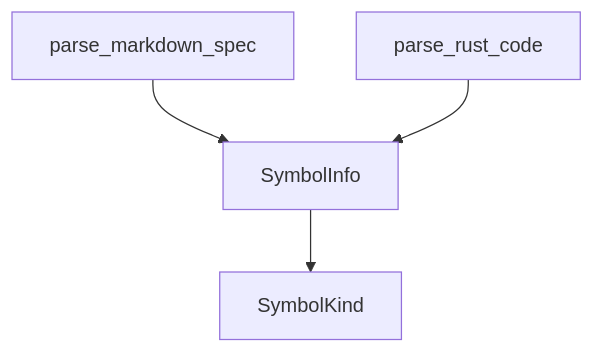
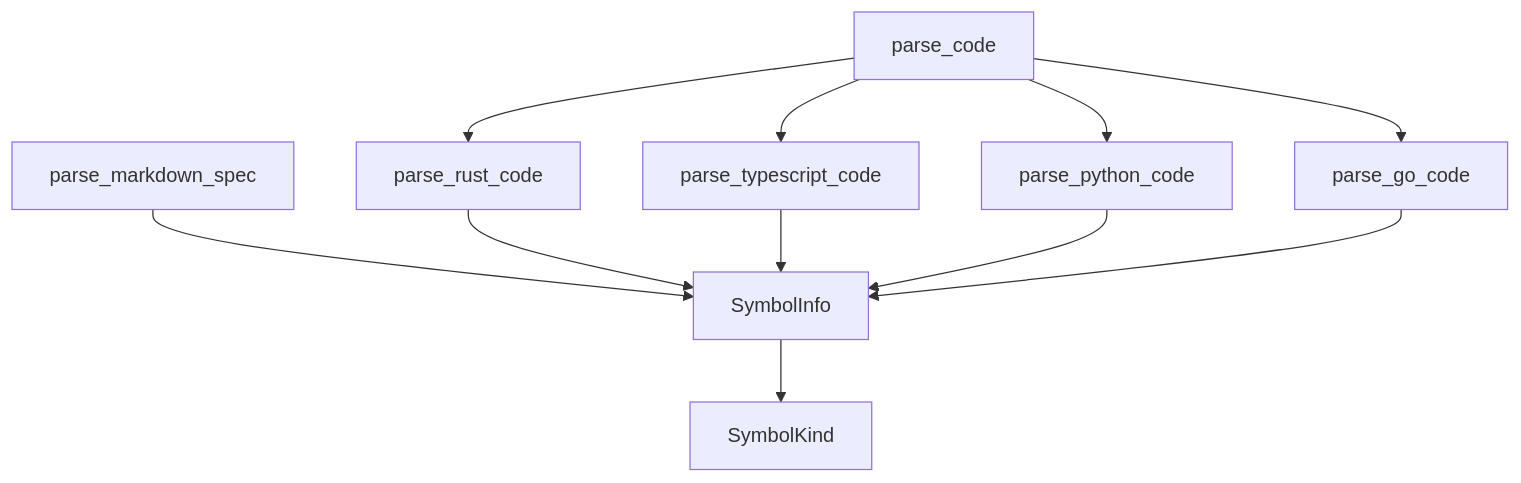
Before and after one commit to DovahkiinYuzuko/DocsAuditor: the diagram in docs/variables'n'functions/[Rust]parser.md, drawn with Mermaid. The commit also changed other lines of this file and 14 other files, not shown here.

````diff
--- a/docs/variables'n'functions/[Rust]parser.md
+++ b/docs/variables'n'functions/[Rust]parser.md
@@ -49,6 +81,13 @@
 ```mermaid
 graph TD
     parse_markdown_spec --> SymbolInfo
+    parse_code --> parse_rust_code
+    parse_code --> parse_typescript_code
+    parse_code --> parse_python_code
+    parse_code --> parse_go_code
     parse_rust_code --> SymbolInfo
+    parse_typescript_code --> SymbolInfo
+    parse_python_code --> SymbolInfo
+    parse_go_code --> SymbolInfo
     SymbolInfo --> SymbolKind
 ```
````
